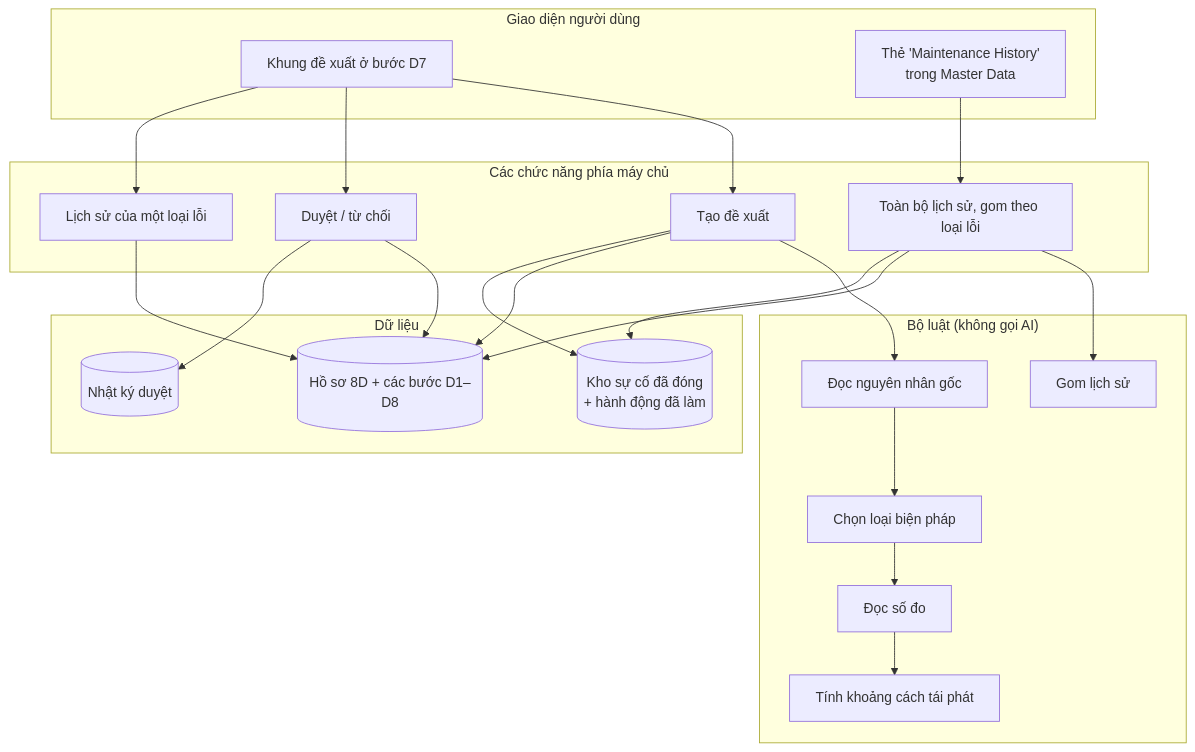
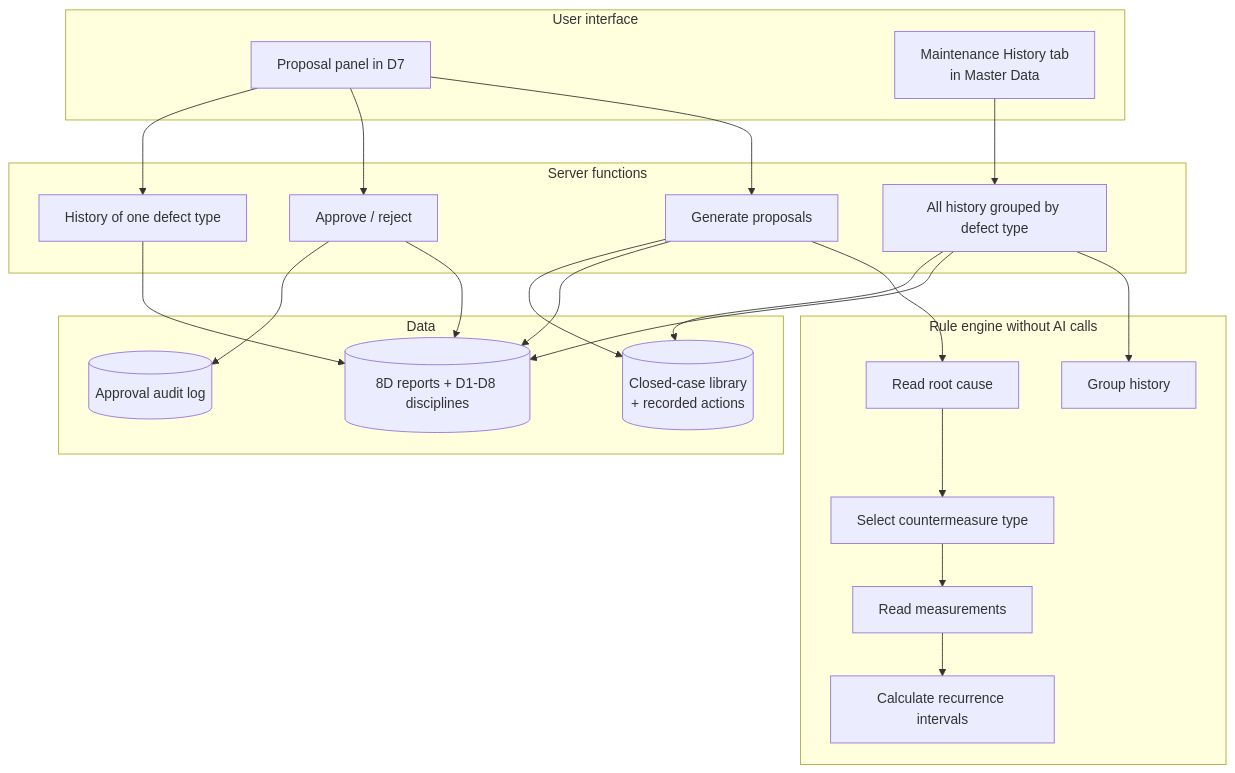
The second of 8 diagrams in presentation/maintenance-history-briefing.md (DungTruong1610/8D_problem_solving), drawn with Mermaid before and after one commit. The commit also changed other lines of this file and 48 other files, not shown here.

````diff
--- a/presentation/maintenance-history-briefing.md
+++ b/presentation/maintenance-history-briefing.md
@@ -87,32 +82,32 @@
 ```mermaid
 flowchart TB
-    subgraph UI["Giao diện người dùng"]
-        P["Khung đề xuất ở bước D7"]
-        T["Thẻ 'Maintenance History'<br/>trong Master Data"]
+    subgraph UI["User interface"]
+        P["Proposal panel in D7"]
+        T["Maintenance History tab<br/>in Master Data"]
     end
-    subgraph API["Các chức năng phía máy chủ"]
-        A1[Tạo đề xuất]
-        A2[Duyệt / từ chối]
-        A3[Lịch sử của một loại lỗi]
-        A4[Toàn bộ lịch sử, gom theo loại lỗi]
+    subgraph API["Server functions"]
+        A1[Generate proposals]
+        A2[Approve / reject]
+        A3[History of one defect type]
+        A4[All history grouped by defect type]
     end
-    subgraph RULES["Bộ luật (không gọi AI)"]
-        R1[Đọc nguyên nhân gốc]
-        R2[Chọn loại biện pháp]
-        R3[Đọc số đo]
-        R4[Tính khoảng cách tái phát]
-        R5[Gom lịch sử]
+    subgraph RULES["Rule engine without AI calls"]
+        R1[Read root cause]
+        R2[Select countermeasure type]
+        R3[Read measurements]
+        R4[Calculate recurrence intervals]
+        R5[Group history]
     end
-    subgraph DATA["Dữ liệu"]
-        D1[(Hồ sơ 8D + các bước D1–D8)]
-        D2[(Kho sự cố đã đóng<br/>+ hành động đã làm)]
-        D3[(Nhật ký duyệt)]
+    subgraph DATA["Data"]
+        D1[(8D reports + D1-D8 disciplines)]
+        D2[(Closed-case library<br/>+ recorded actions)]
+        D3[(Approval audit log)]
     end
     P --> A1 & A2 & A3
     T --> A4
     A1 --> R1 --> R2 --> R3 --> R4
     A4 --> R5
     A1 & A3 & A4 --> D1
     A1 & A4 --> D2
     A2 --> D1 & D3
 ```
````
